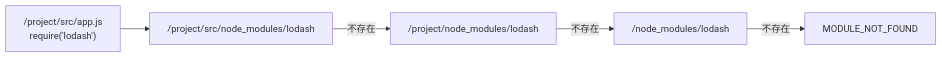
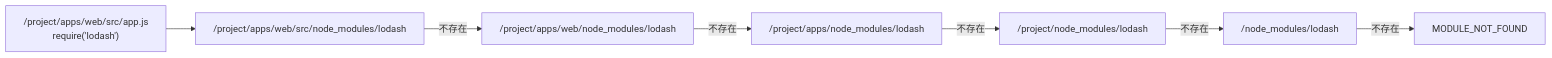
Before and after one commit to AdaMartin18010/JavaScriptTypeScript: the third of 5 diagrams in 10-fundamentals/10.4-module-system/code-examples/05-module-resolution.md, drawn with Mermaid. The commit also changed other lines of this file and 217 other files, not shown here.

````diff
--- a/10-fundamentals/10.4-module-system/code-examples/05-module-resolution.md
+++ b/10-fundamentals/10.4-module-system/code-examples/05-module-resolution.md
@@ -139,7 +211,9 @@
 ```mermaid
 graph LR
-    Start["/project/src/app.js<br/>require('lodash')"] --> L1["/project/src/node_modules/lodash"]
-    L1 -->|不存在| L2["/project/node_modules/lodash"]
-    L2 -->|不存在| L3["/node_modules/lodash"]
-    L3 -->|不存在| Error["MODULE_NOT_FOUND"]
+    Start["/project/apps/web/src/app.js<br/>require('lodash')"] --> L1["/project/apps/web/src/node_modules/lodash"]
+    L1 -->|不存在| L2["/project/apps/web/node_modules/lodash"]
+    L2 -->|不存在| L3["/project/apps/node_modules/lodash"]
+    L3 -->|不存在| L4["/project/node_modules/lodash"]
+    L4 -->|不存在| L5["/node_modules/lodash"]
+    L5 -->|不存在| Error["MODULE_NOT_FOUND"]
 ```
````
